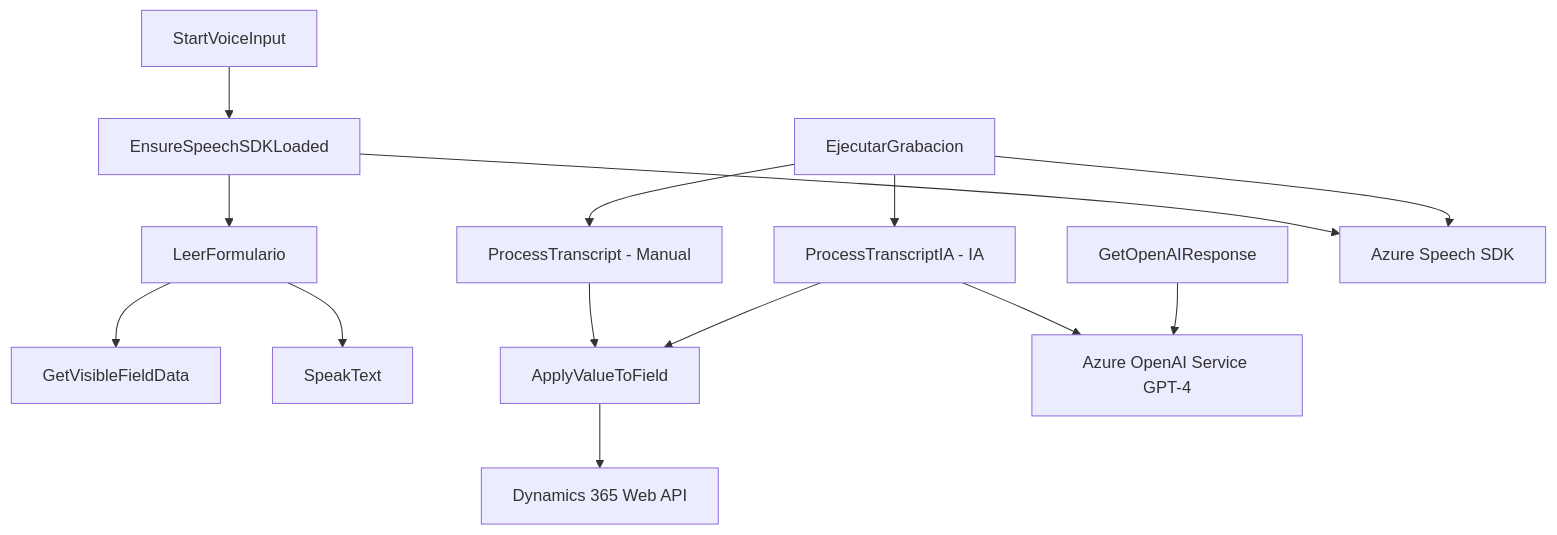
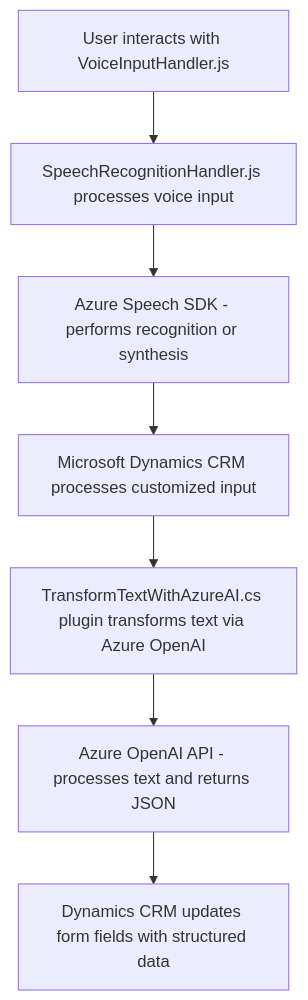
One commit to blopezdm/NETCORE_BILBAO2025 changed the diagram in README.md. Above: the diagram before and after it, drawn with Mermaid. The commit also changed other lines of this file, not shown here.

````diff
--- a/README.md
+++ b/README.md
@@ -38,30 +45,17 @@
 ```mermaid
 graph TD
-  A["StartVoiceInput"]
-  B["EnsureSpeechSDKLoaded"]
-  C["LeerFormulario"]
-  D["GetVisibleFieldData"]
-  E["SpeakText"]
-  F["EjecutarGrabacion"]
-  G["ProcessTranscript - Manual"]
-  H["ProcessTranscriptIA - IA"]
-  I["GetOpenAIResponse"]
-  J["ApplyValueToField"]
-  K["Azure Speech SDK"]
-  L["Azure OpenAI Service GPT-4"]
-  M["Dynamics 365 Web API"]
-  
-  A --> B
-  B --> K
-  B --> C
-  C --> D
-  C --> E
-  F --> K
-  F --> G
-  F --> H
-  G --> J
-  H --> J
-  H --> L
-  I --> L
-  J --> M
+    A["User interacts with VoiceInputHandler.js"]
+    B["SpeechRecognitionHandler.js processes voice input"]
+    C["Azure Speech SDK - performs recognition or synthesis"]
+    D["Microsoft Dynamics CRM processes customized input"]
+    E["TransformTextWithAzureAI.cs plugin transforms text via Azure OpenAI"]
+    F["Azure OpenAI API - processes text and returns JSON"]
+    G["Dynamics CRM updates form fields with structured data"]
+
+    A --> B
+    B --> C
+    C --> D
+    D --> E
+    E --> F
+    F --> G
 ```
````
